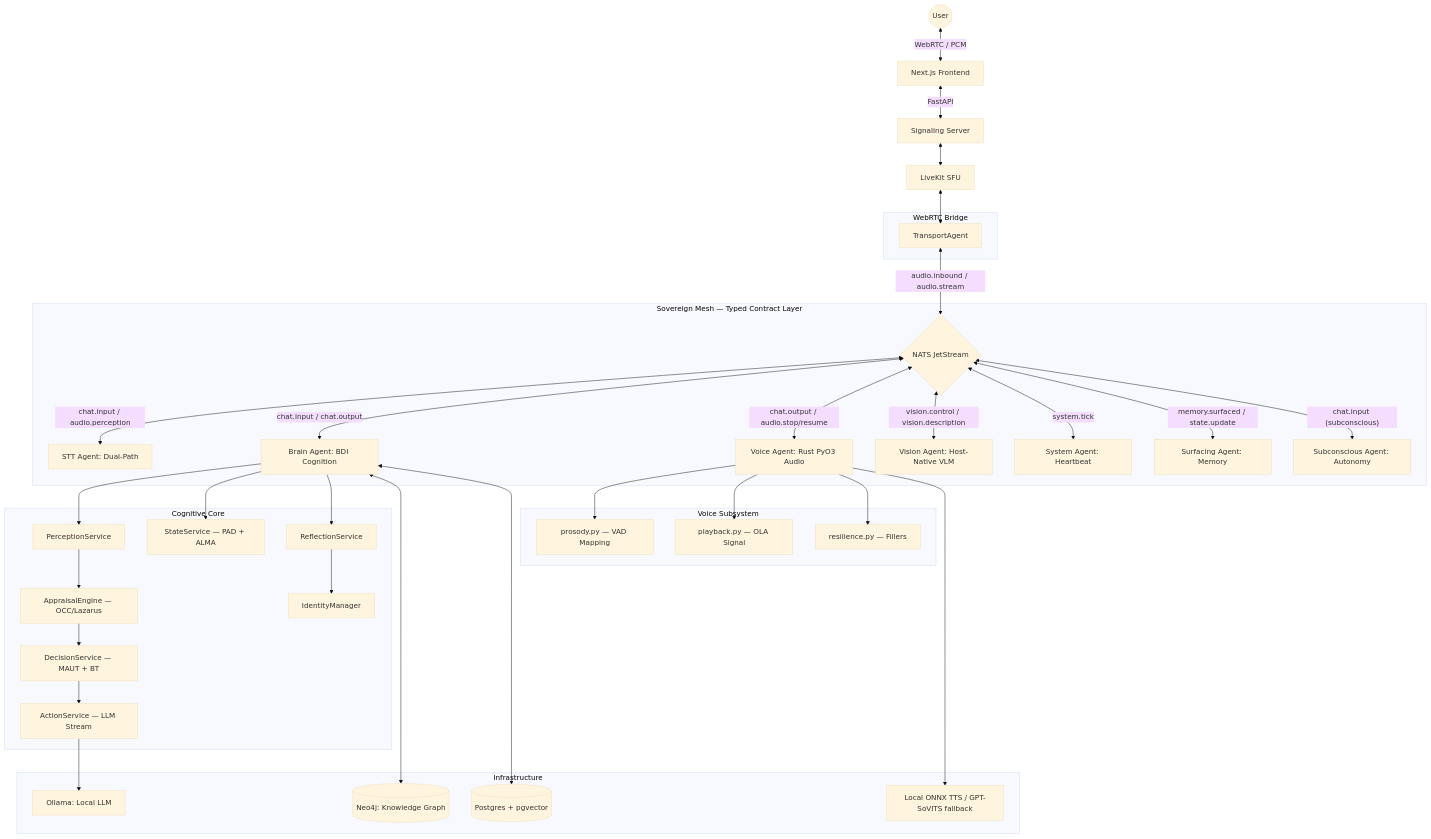
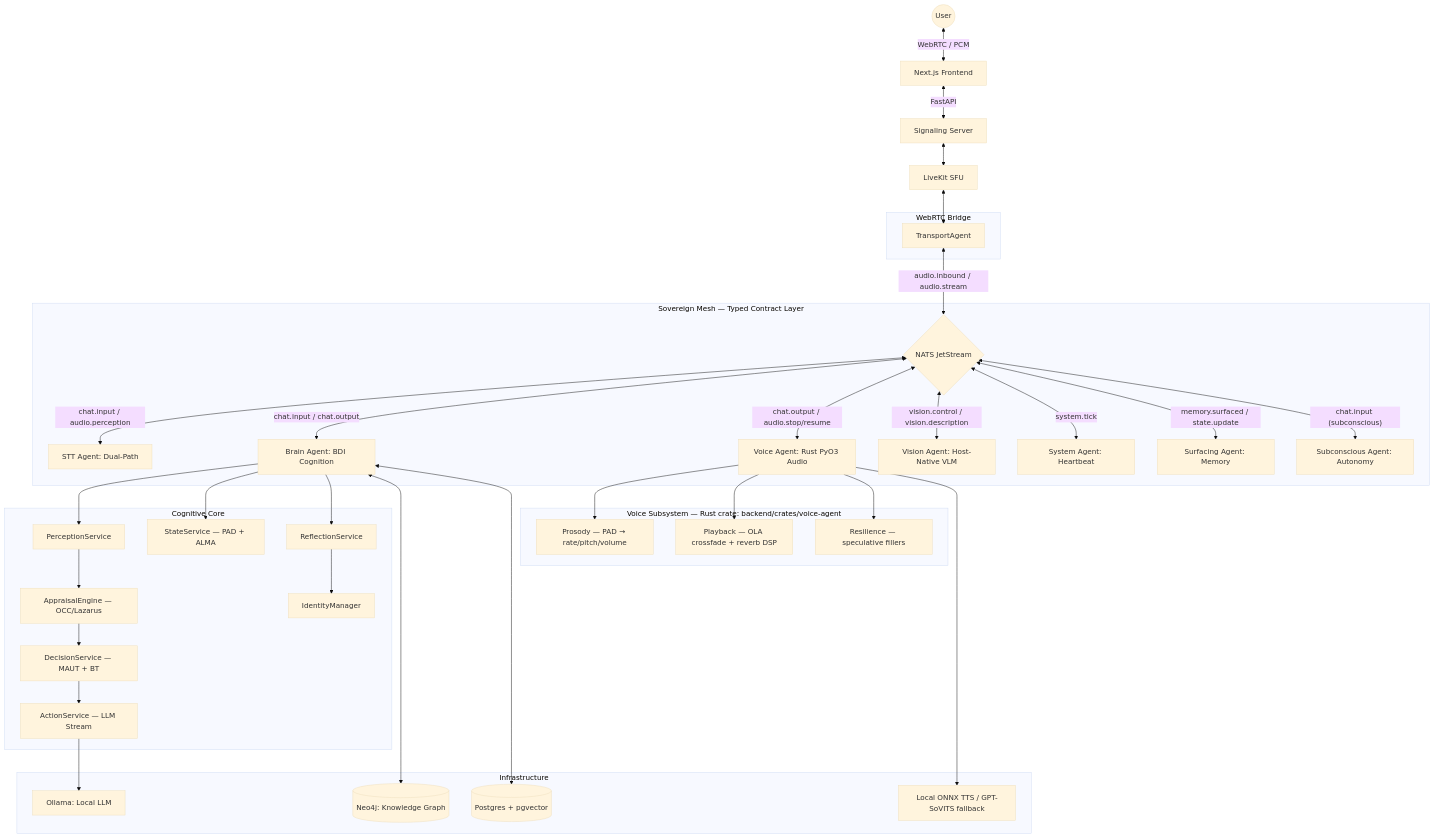
One commit to Aniket-a14/AI_friend changed the first of 2 diagrams in README.md. Above: the diagram before and after it, drawn with Mermaid (base theme). The commit also changed other lines of this file and 18 other files, not shown here.

````diff
--- a/README.md
+++ b/README.md
@@ -67,54 +67,54 @@
 ```mermaid
 graph TD
     User((User)) <--> |"WebRTC / PCM"| Frontend["Next.js Frontend"]
     Frontend <--> |"FastAPI"| Signaling["Signaling Server"]
 
     subgraph "WebRTC Bridge"
         Transport["TransportAgent"]
     end
 
     Signaling <--> LK["LiveKit SFU"]
     LK <--> Transport
 
     subgraph "Sovereign Mesh — Typed Contract Layer"
         Transport <--> |"audio.inbound / audio.stream"| Bus{"NATS JetStream"}
         Bus <--> |"chat.input / audio.perception"| STT["STT Agent: Dual-Path"]
         Bus <--> |"chat.input / chat.output"| Brain["Brain Agent: BDI Cognition"]
         Bus <--> |"chat.output / audio.stop/resume"| Voice["Voice Agent: Rust PyO3 Audio"]
         Bus <--> |"vision.control / vision.description"| Vision["Vision Agent: Host-Native VLM"]
         Bus <--> |"system.tick"| Pulse["System Agent: Heartbeat"]
         Bus <--> |"memory.surfaced / state.update"| Recall["Surfacing Agent: Memory"]
         Bus <--> |"chat.input (subconscious)"| Subconscious["Subconscious Agent: Autonomy"]
     end
 
     subgraph "Cognitive Core"
         Perception["PerceptionService"]
         Appraisal["AppraisalEngine — OCC/Lazarus"]
         Decision["DecisionService — MAUT + BT"]
         Action["ActionService — LLM Stream"]
         State["StateService — PAD + ALMA"]
         Learning["ReflectionService"]
         Identity["IdentityManager"]
     end
 
     Brain --> Perception --> Appraisal --> Decision --> Action
     Brain --> State
     Brain --> Learning --> Identity
 
-    subgraph "Voice Subsystem"
-        Prosody["prosody.py — VAD Mapping"]
-        Playback["playback.py — OLA Signal"]
-        Resilience["resilience.py — Fillers"]
+    subgraph "Voice Subsystem — Rust crate: backend/crates/voice-agent"
+        Prosody["Prosody — PAD → rate/pitch/volume"]
+        Playback["Playback — OLA crossfade + reverb DSP"]
+        Resilience["Resilience — speculative fillers"]
     end
 
     Voice --> Prosody
     Voice --> Playback
     Voice --> Resilience
 
     subgraph "Infrastructure"
         Brain <--> Neo4j[("Neo4j: Knowledge Graph")]
         Brain <--> Postgres[("Postgres + pgvector")]
         Action --> Ollama["Ollama: Local LLM"]
         Voice --> LocalONNX["Local ONNX TTS / GPT-SoVITS fallback"]
     end
 ```
````
